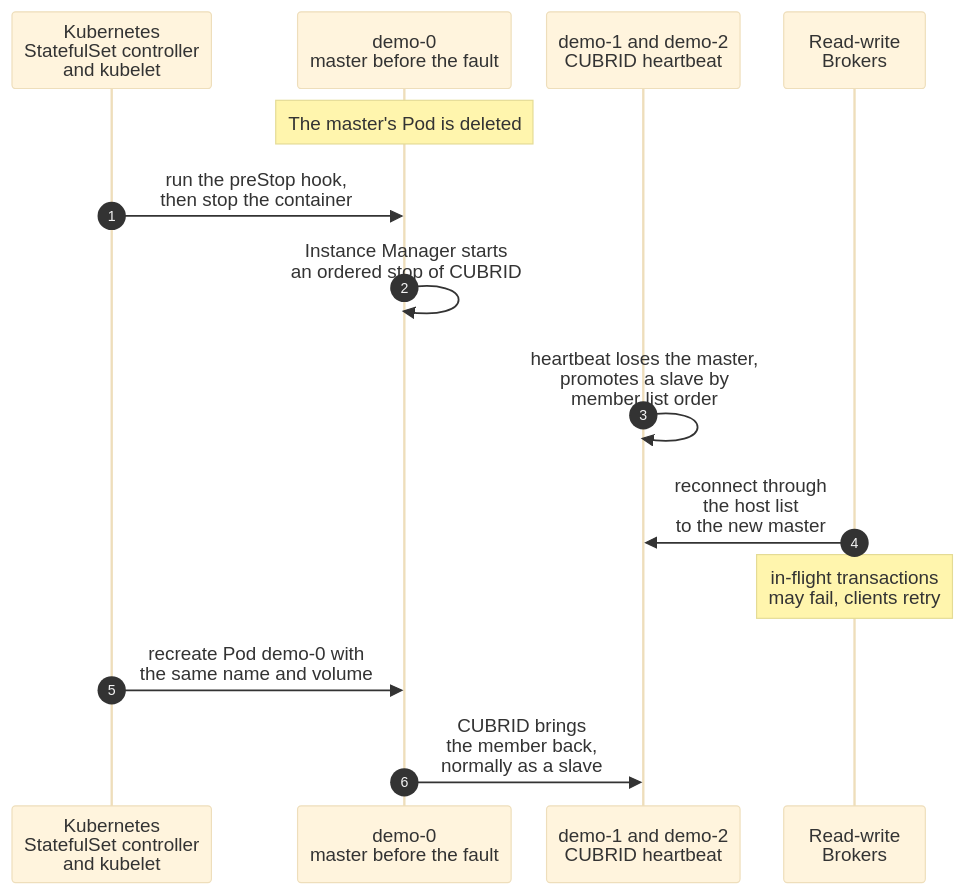
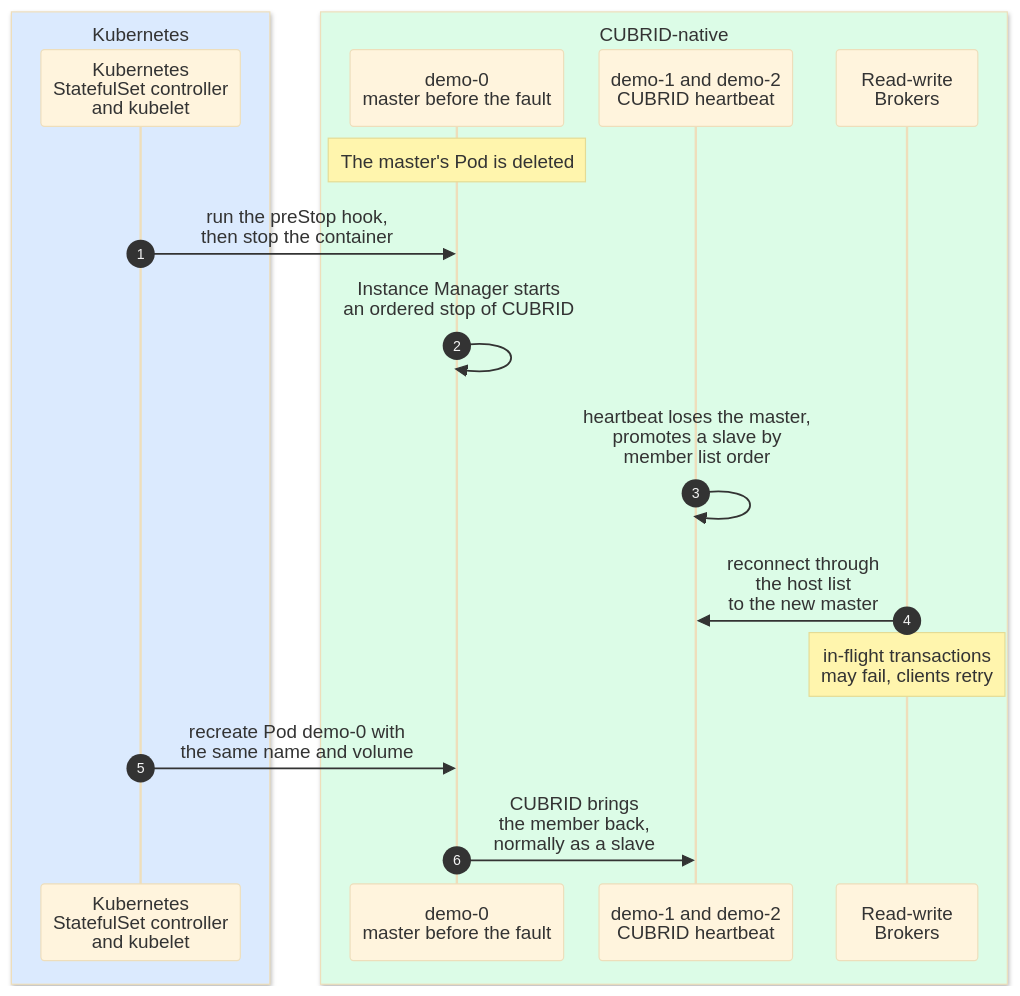
One commit to cubrid-lab/cubrid-kubernetes-operator changed the first of 2 diagrams in docs/architecture/failure-recovery.md. Above: the diagram before and after it, drawn with Mermaid (base theme). The commit also changed other lines of this file and 4 other files, not shown here.

First line of the commit message:
docs(architecture): address review of the diagram rework

````diff
--- a/docs/architecture/failure-recovery.md
+++ b/docs/architecture/failure-recovery.md
@@ -26,18 +29,22 @@
 ```mermaid
 %%{init: {"sequence": {"actorMargin": 30, "width": 120}}}%%
 sequenceDiagram
     autonumber
-    participant K8S as Kubernetes<br/>StatefulSet controller<br/>and kubelet
-    participant OLD as demo-0<br/>master before the fault
-    participant HA as demo-1 and demo-2<br/>CUBRID heartbeat
-    participant BRW as Read-write<br/>Brokers
+    box rgb(219,234,254) Kubernetes
+        participant K8S as Kubernetes<br/>StatefulSet controller<br/>and kubelet
+    end
+    box rgb(220,252,231) CUBRID-native
+        participant OLD as demo-0<br/>master before the fault
+        participant HA as demo-1 and demo-2<br/>CUBRID heartbeat
+        participant BRW as Read-write<br/>Brokers
+    end
 
     Note over OLD: The master's Pod is deleted
     K8S->>OLD: run the preStop hook,<br/>then stop the container
-    OLD->>OLD: Instance Manager starts<br/>an ordered stop of CUBRID
-    HA->>HA: heartbeat loses the master,<br/>promotes a slave by<br/>member list order
+    OLD->>OLD: Instance Manager starts<br/>an ordered stop of CUBRID<br/>#nbsp;
+    HA->>HA: heartbeat loses the master,<br/>promotes a slave by<br/>member list order<br/>#nbsp;
     BRW->>HA: reconnect through<br/>the host list<br/>to the new master
     Note over BRW: in-flight transactions<br/>may fail, clients retry
     K8S->>OLD: recreate Pod demo-0 with<br/>the same name and volume
     OLD->>HA: CUBRID brings<br/>the member back,<br/>normally as a slave
 ```
````
